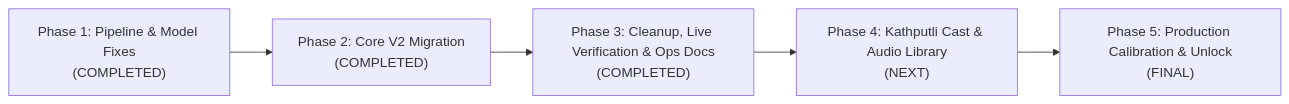
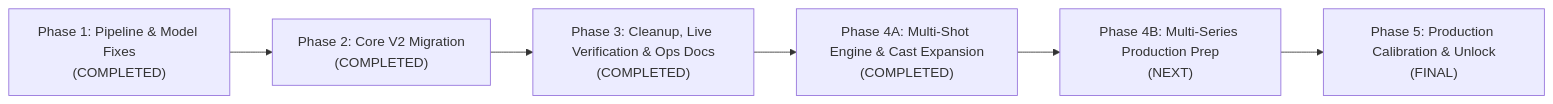
The diagram in docs/IMPLEMENTATION_PLAN.md (manishborikar92/Sutradhar), drawn with Mermaid before and after one commit. The commit also changed other lines of this file and 17 other files, not shown here.

````diff
--- a/docs/IMPLEMENTATION_PLAN.md
+++ b/docs/IMPLEMENTATION_PLAN.md
@@ -213,7 +223,8 @@
 ```mermaid
 flowchart LR
     P1["Phase 1: Pipeline & Model Fixes<br/>(COMPLETED)"] --> P2["Phase 2: Core V2 Migration<br/>(COMPLETED)"]
     P2 --> P3["Phase 3: Cleanup, Live Verification & Ops Docs<br/>(COMPLETED)"]
-    P3 --> P4["Phase 4: Kathputli Cast & Audio Library<br/>(NEXT)"]
-    P4 --> P5["Phase 5: Production Calibration & Unlock<br/>(FINAL)"]
+    P3 --> P4A["Phase 4A: Multi-Shot Engine & Cast Expansion<br/>(COMPLETED)"]
+    P4A --> P4B["Phase 4B: Multi-Series Production Prep<br/>(NEXT)"]
+    P4B --> P5["Phase 5: Production Calibration & Unlock<br/>(FINAL)"]
 ```
````
